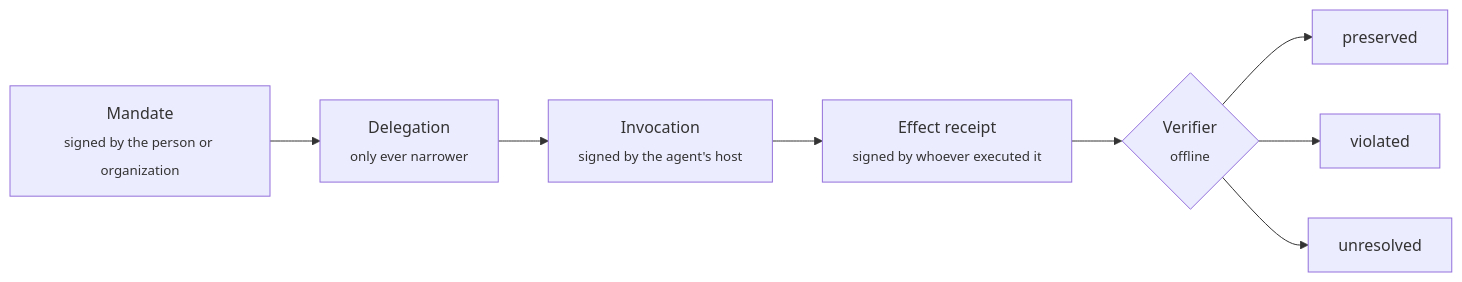
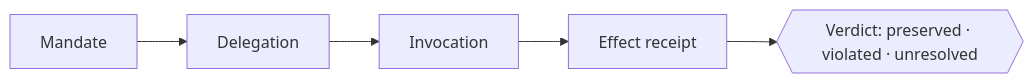
Before and after one commit to stafordtituss/amep: the diagram in README.md, drawn with Mermaid.

Commit message:
README: a compact chain diagram

````diff
--- a/README.md
+++ b/README.md
@@ -48,10 +48,4 @@
 ```mermaid
 flowchart LR
-  M["Mandate<br><sub>signed by the person or organization</sub>"] --> D["Delegation<br><sub>only ever narrower</sub>"]
-  D --> I["Invocation<br><sub>signed by the agent's host</sub>"]
-  I --> E["Effect receipt<br><sub>signed by whoever executed it</sub>"]
-  E --> V{"Verifier<br><sub>offline</sub>"}
-  V --> P[preserved]
-  V --> X[violated]
-  V --> U[unresolved]
+  M[Mandate] --> D[Delegation] --> I[Invocation] --> E[Effect receipt] --> V{{"Verdict: preserved · violated · unresolved"}}
 ```
````
